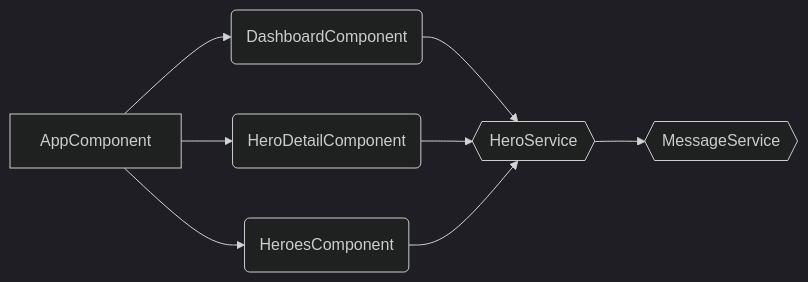
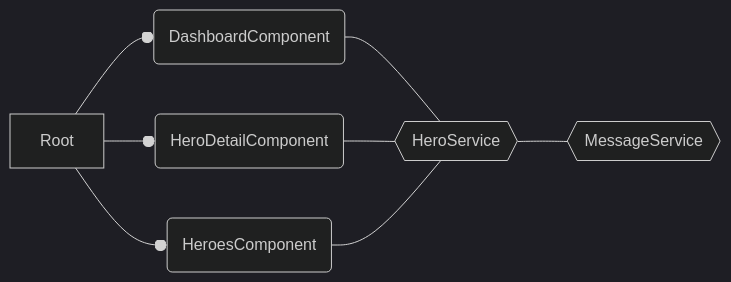
Before and after one commit to timonkrebs/ng-component-hierarchy-visualizer: the diagram in README.md, drawn with Mermaid (dark theme). The commit also changed other lines of this file and 1 other file, not shown here.

Commit message:
updated to version 1.5.5

````diff
--- a/README.md
+++ b/README.md
@@ -43,10 +36,10 @@
 ```mermaid
 flowchart LR
-AppComponent --> DashboardComponent(DashboardComponent)
-AppComponent --> HeroDetailComponent(HeroDetailComponent)
-AppComponent --> HeroesComponent(HeroesComponent)
-DashboardComponent --> HeroService{{HeroService}}
-HeroService --> MessageService{{MessageService}}
-HeroDetailComponent --> HeroService{{HeroService}}
-HeroesComponent --> HeroService{{HeroService}}
+Root --o DashboardComponent(DashboardComponent)
+Root --o HeroDetailComponent(HeroDetailComponent)
+Root --o HeroesComponent(HeroesComponent)
+DashboardComponent --- HeroService{{HeroService}}
+HeroService --- MessageService{{MessageService}}
+HeroDetailComponent --- HeroService{{HeroService}}
+HeroesComponent --- HeroService{{HeroService}}
 ```
````
